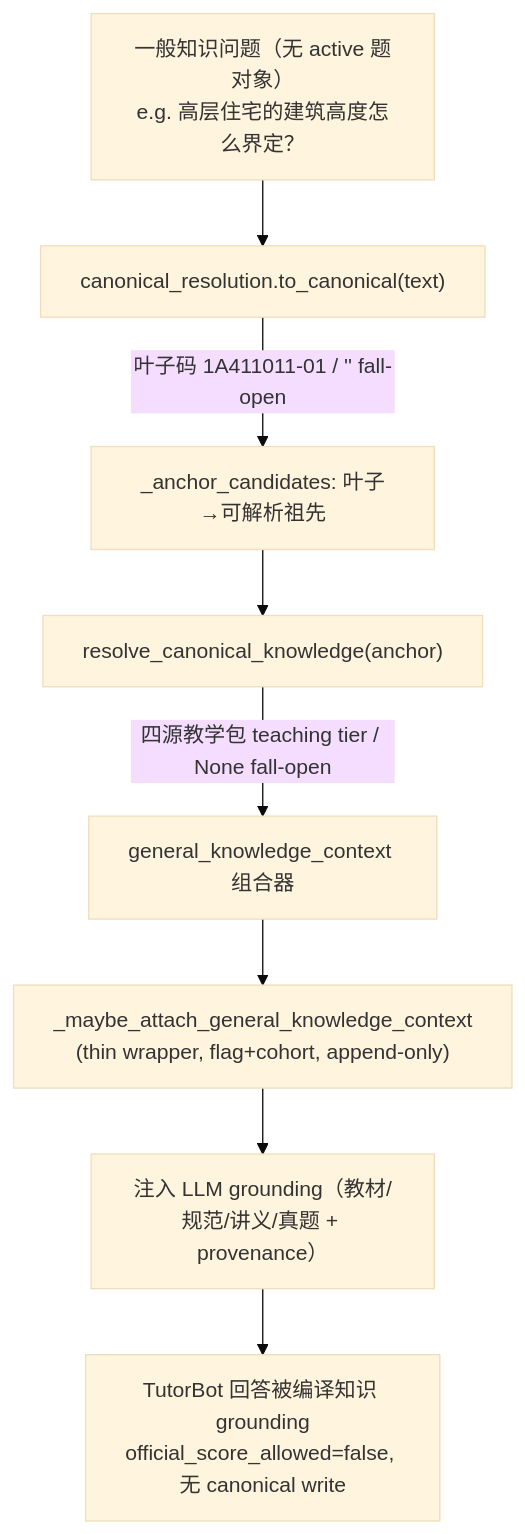
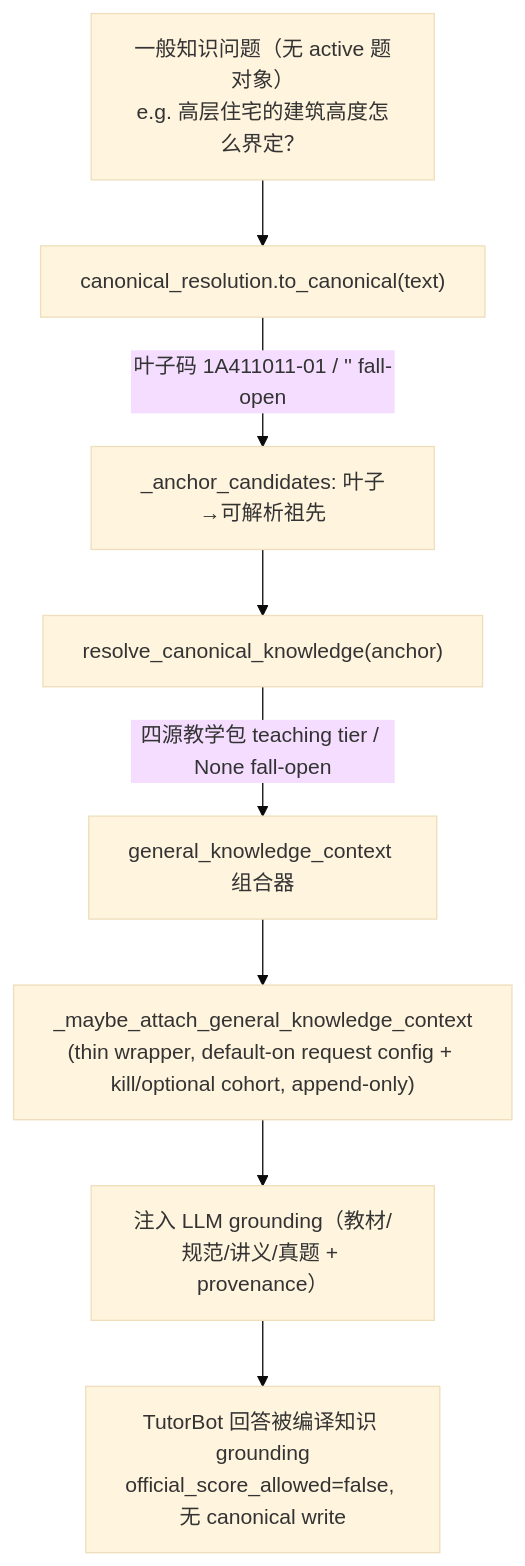
Before and after one commit to chenyh200807/luban-deep: the diagram in docs/plan/2026-06-08-luban-compiled-knowledge-dividend-nexus-wide-teaching-context-execution-plan.md, drawn with Mermaid (base theme). The commit also changed other lines of this file and 9 other files, not shown here.

Commit message:
feat(luban): enable M34 teaching context by default

````diff
--- a/docs/plan/2026-06-08-luban-compiled-knowledge-dividend-nexus-wide-teaching-context-execution-plan.md
+++ b/docs/plan/2026-06-08-luban-compiled-knowledge-dividend-nexus-wide-teaching-context-execution-plan.md
@@ -55,10 +55,10 @@
 ```mermaid
 flowchart TD
   A["一般知识问题（无 active 题对象）<br/>e.g. 高层住宅的建筑高度怎么界定？"] --> B["canonical_resolution.to_canonical(text)"]
   B -->|"叶子码 1A411011-01 / '' fall-open"| C["_anchor_candidates: 叶子→可解析祖先"]
   C --> D["resolve_canonical_knowledge(anchor)"]
   D -->|"四源教学包 teaching tier / None fall-open"| E["general_knowledge_context 组合器"]
-  E --> F["_maybe_attach_general_knowledge_context<br/>(thin wrapper, flag+cohort, append-only)"]
+  E --> F["_maybe_attach_general_knowledge_context<br/>(thin wrapper, default-on request config + kill/optional cohort, append-only)"]
   F --> G["注入 LLM grounding（教材/规范/讲义/真题 + provenance）"]
   G --> H["TutorBot 回答被编译知识 grounding<br/>official_score_allowed=false, 无 canonical write"]
 ```
````
